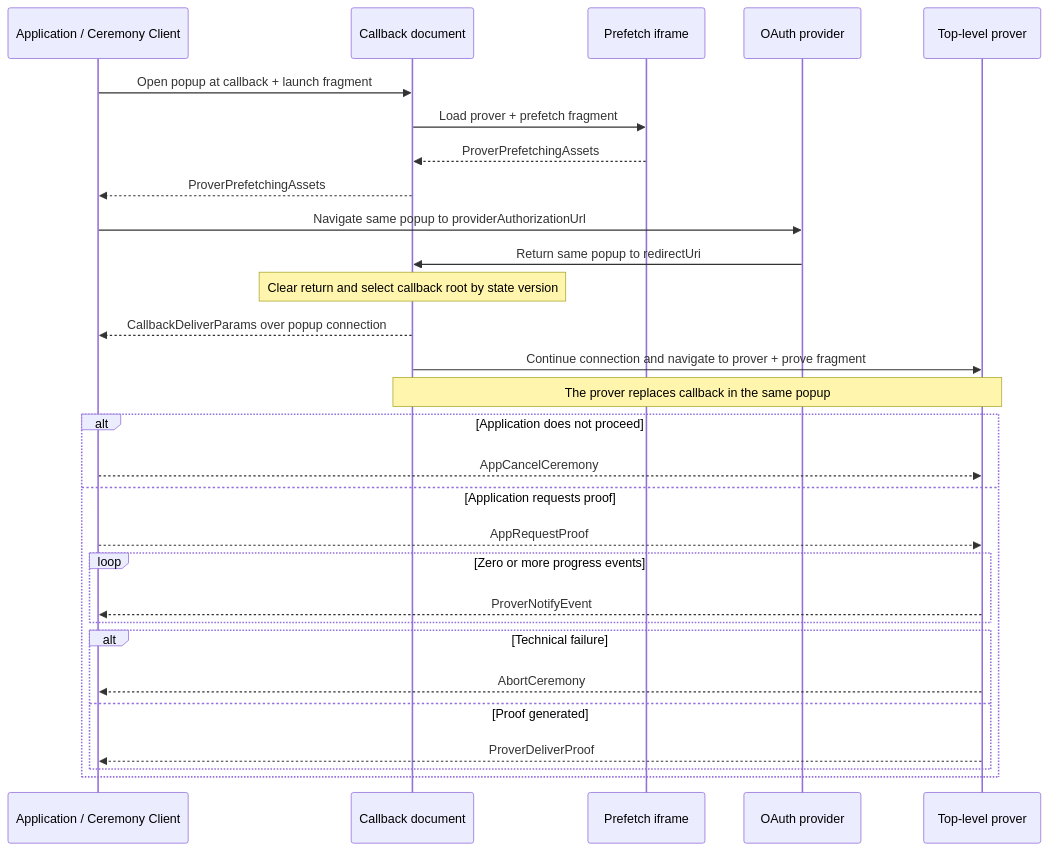
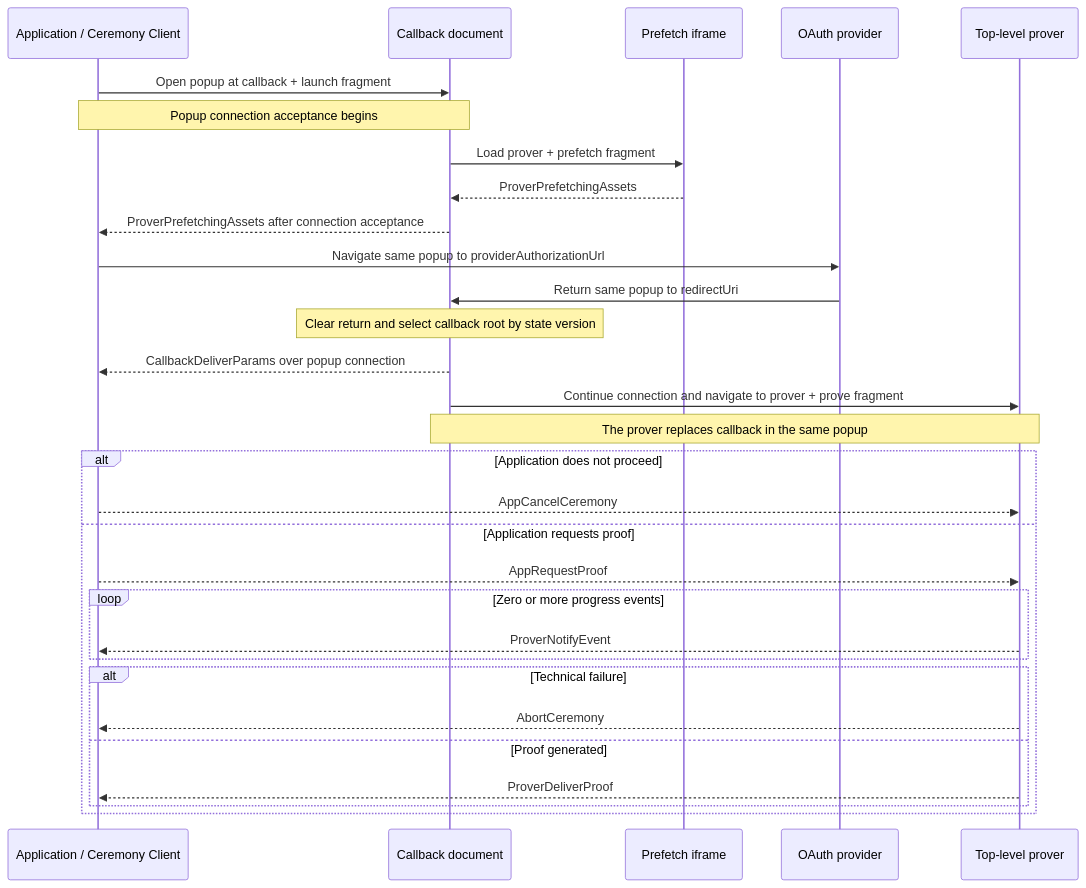
The diagram in ts/packages/ceremony/CCDP.md (libid-org/libid), drawn with Mermaid before and after one commit. The commit also changed other lines of this file and 3 other files, not shown here.

````diff
--- a/ts/packages/ceremony/CCDP.md
+++ b/ts/packages/ceremony/CCDP.md
@@ -175,32 +175,33 @@
 ```mermaid
 sequenceDiagram
     participant A as Application / Ceremony Client
     participant C as Callback document
     participant F as Prefetch iframe
     participant O as OAuth provider
     participant P as Top-level prover
 
     A->>C: Open popup at callback + launch fragment
+    Note over A,C: Popup connection acceptance begins
     C->>F: Load prover + prefetch fragment
     F-->>C: ProverPrefetchingAssets
-    C-->>A: ProverPrefetchingAssets
+    C-->>A: ProverPrefetchingAssets after connection acceptance
     A->>O: Navigate same popup to providerAuthorizationUrl
     O->>C: Return same popup to redirectUri
     Note over C: Clear return and select callback root by state version
     C-->>A: CallbackDeliverParams over popup connection
     C->>P: Continue connection and navigate to prover + prove fragment
     Note over C,P: The prover replaces callback in the same popup
     alt Application does not proceed
         A-->>P: AppCancelCeremony
     else Application requests proof
         A-->>P: AppRequestProof
         loop Zero or more progress events
             P-->>A: ProverNotifyEvent
         end
         alt Technical failure
             P-->>A: AbortCeremony
         else Proof generated
             P-->>A: ProverDeliverProof
         end
     end
 ```
````
